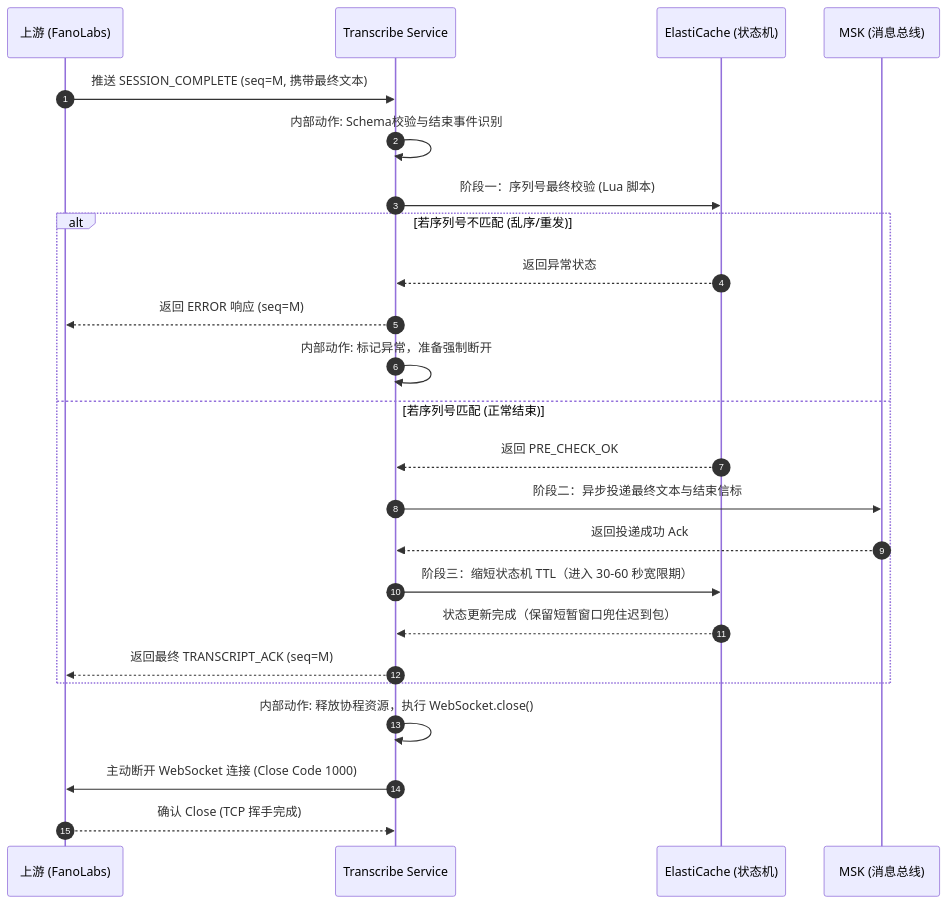
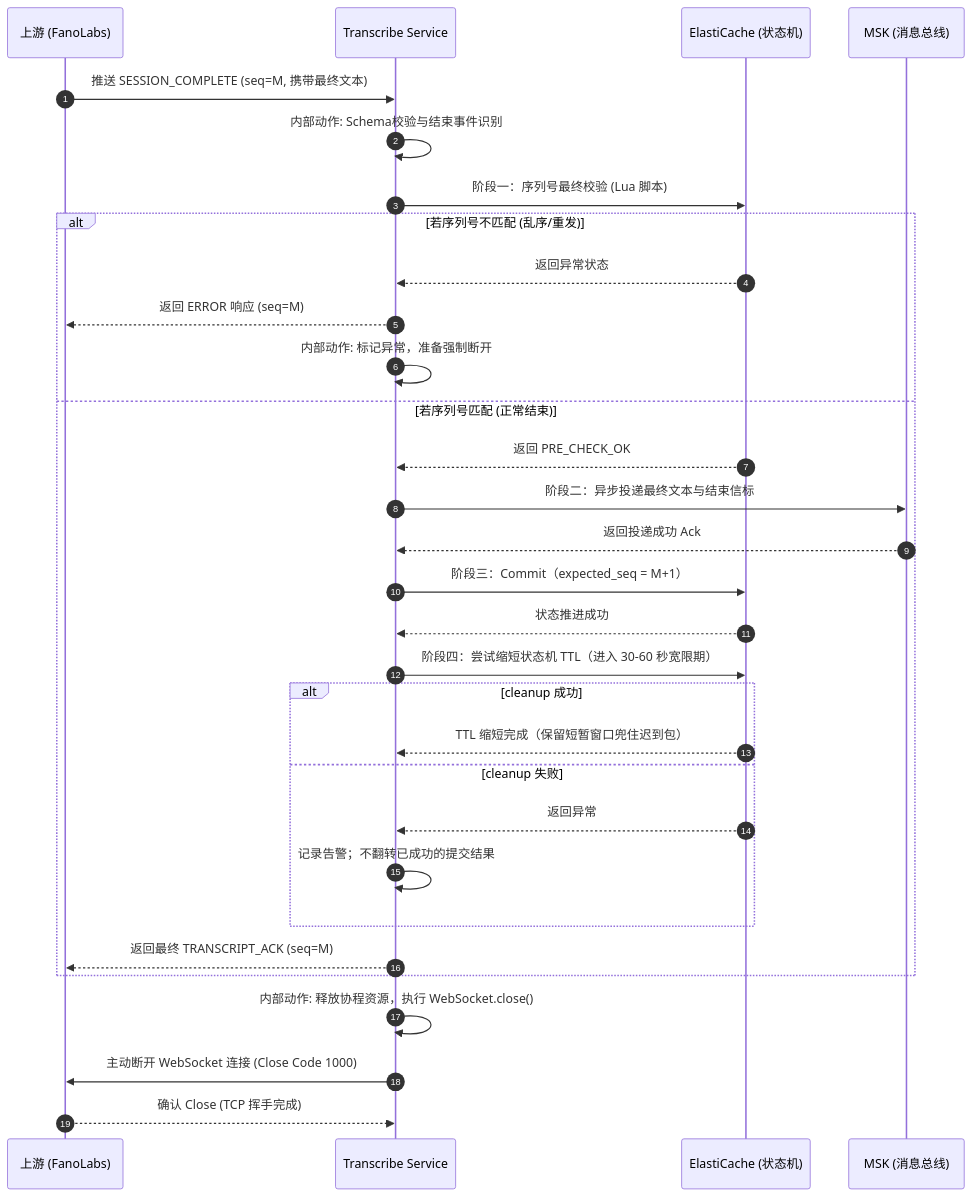
The fourth of 6 diagrams in design/application-design_zh.md (xiaodouya001/transcribe_service), drawn with Mermaid before and after one commit. The commit also changed other lines of this file and 23 other files, not shown here.

````diff
--- a/design/application-design_zh.md
+++ b/design/application-design_zh.md
@@ -149,33 +149,41 @@
 ```mermaid
 sequenceDiagram
     autonumber
     participant Vendor as 上游 (FanoLabs)
     participant Trans as Transcribe Service
     participant Redis as ElastiCache (状态机)
     participant Kafka as MSK (消息总线)
 
     Vendor->>Trans: 推送 SESSION_COMPLETE (seq=M, 携带最终文本)
     Trans->>Trans: 内部动作: Schema校验与结束事件识别
     
     Trans->>Redis: 阶段一：序列号最终校验 (Lua 脚本)
     
     alt 若序列号不匹配 (乱序/重发)
         Redis-->>Trans: 返回异常状态
         Trans-->>Vendor: 返回 ERROR 响应 (seq=M)
         Trans->>Trans: 内部动作: 标记异常，准备强制断开
     else 若序列号匹配 (正常结束)
         Redis-->>Trans: 返回 PRE_CHECK_OK
         
         Trans->>Kafka: 阶段二：异步投递最终文本与结束信标
         Kafka-->>Trans: 返回投递成功 Ack
         
-        Trans->>Redis: 阶段三：缩短状态机 TTL（进入 30-60 秒宽限期）
-        Redis-->>Trans: 状态更新完成（保留短暂窗口兜住迟到包）
-        
+        Trans->>Redis: 阶段三：Commit（expected_seq = M+1）
+        Redis-->>Trans: 状态推进成功
+
+        Trans->>Redis: 阶段四：尝试缩短状态机 TTL（进入 30-60 秒宽限期）
+        alt cleanup 成功
+            Redis-->>Trans: TTL 缩短完成（保留短暂窗口兜住迟到包）
+        else cleanup 失败
+            Redis-->>Trans: 返回异常
+            Trans->>Trans: 记录告警；不翻转已成功的提交结果
+        end
+
         Trans-->>Vendor: 返回最终 TRANSCRIPT_ACK (seq=M)
     end
     
     Trans->>Trans: 内部动作: 释放协程资源，执行 WebSocket.close()
     Trans->>Vendor: 主动断开 WebSocket 连接 (Close Code 1000)
     Vendor-->>Trans: 确认 Close (TCP 挥手完成)
 ```
````
